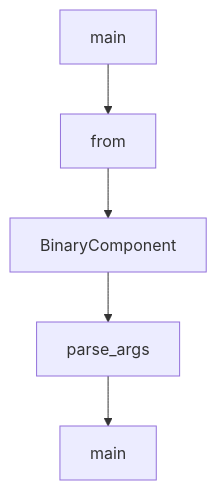
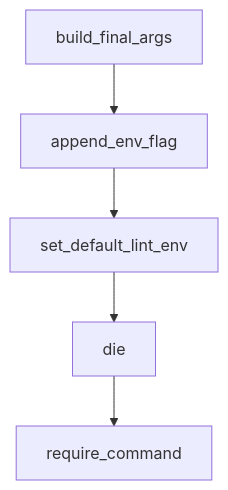
One commit to johnxie/awesome-code-docs changed the diagram in tutorials/codex-cli-tutorial/06-commands-connectors-and-daily-operations.md. Above: the diagram before and after it, drawn with Mermaid. The commit also changed other lines of this file and 1232 other files, not shown here.

````diff
--- a/tutorials/codex-cli-tutorial/06-commands-connectors-and-daily-operations.md
+++ b/tutorials/codex-cli-tutorial/06-commands-connectors-and-daily-operations.md
@@ -212,12 +210,12 @@
 ```mermaid
 flowchart TD
-    A[main]
-    B[from]
-    C[BinaryComponent]
-    D[parse_args]
-    E[main]
+    A[build_final_args]
+    B[append_env_flag]
+    C[set_default_lint_env]
+    D[die]
+    E[require_command]
     A --> B
     B --> C
     C --> D
     D --> E
 ```
````
